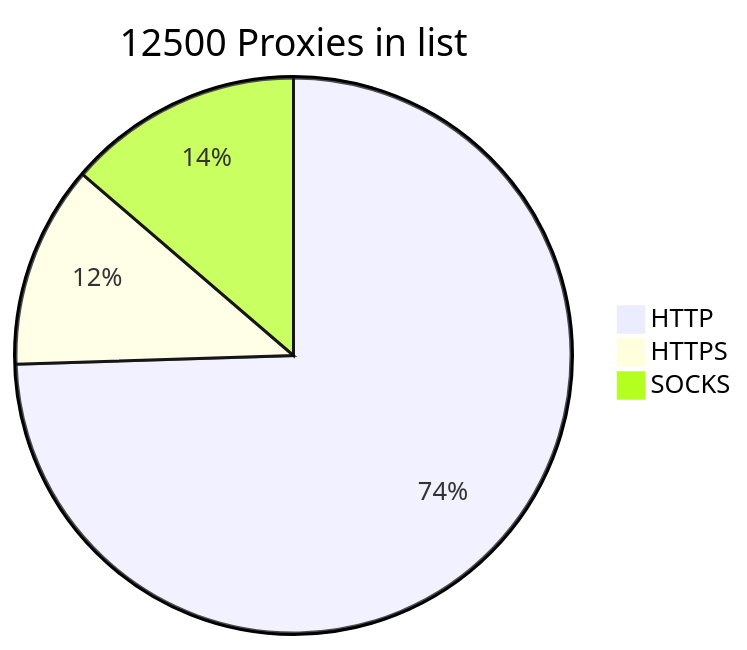
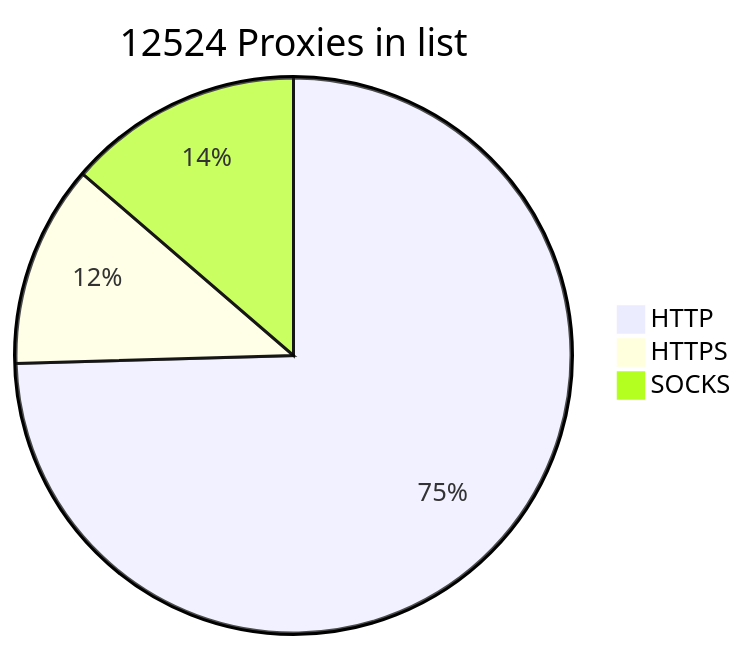
Before and after one commit to BlackSnowDot/proxylist-update-every-minute: the diagram in README.md, drawn with Mermaid. The commit also changed other lines of this file, not shown here.

````diff
--- a/README.md
+++ b/README.md
@@ -2,6 +2,6 @@
 ```mermaid
-pie title 12500 Proxies in list
-    "HTTP" : 9495
+pie title 12524 Proxies in list
+    "HTTP" : 9522
     "HTTPS": 1504
-    "SOCKS" : 1747
+    "SOCKS" : 1748
 ```
````
